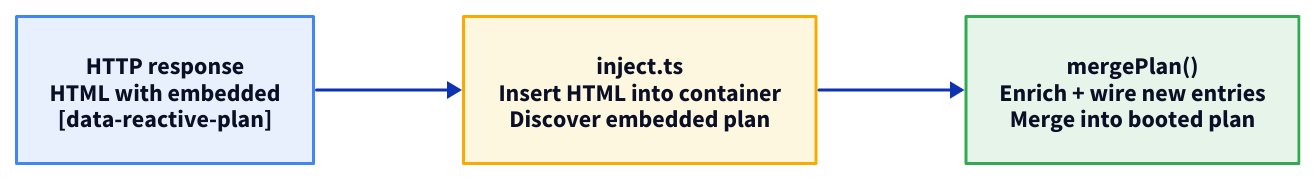
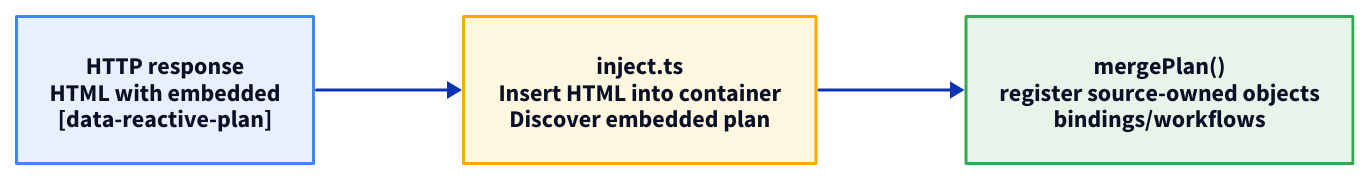
One commit to marafiq/alis-reactive changed the third of 3 diagrams in docs-site/src/content/docs/architecture/plan-composition.mdx. Above: the diagram before and after it, drawn with D2. The commit also changed other lines of this file and 1014 other files, not shown here.

````diff
--- a/docs-site/src/content/docs/architecture/plan-composition.mdx
+++ b/docs-site/src/content/docs/architecture/plan-composition.mdx
@@ -87,24 +85,24 @@
 ```d2
 direction: right
 
 fetch: "HTTP response\nHTML with embedded\n[data-reactive-plan]" {
   shape: rectangle
   style.fill: "#e8f0fe"
   style.stroke: "#4285f4"
   style.font-size: 16
 }
 inject: "inject.ts\nInsert HTML into container\nDiscover embedded plan" {
   shape: rectangle
   style.fill: "#fef7e0"
   style.stroke: "#f9ab00"
   style.font-size: 16
 }
-merge: "mergePlan()\nEnrich + wire new entries\nMerge into booted plan" {
+merge: "mergePlan()\nregister source-owned objects\nbindings/workflows" {
   shape: rectangle
   style.fill: "#e6f4ea"
   style.stroke: "#34a853"
   style.font-size: 16
 }
 
 fetch -> inject -> merge
 ```
````
